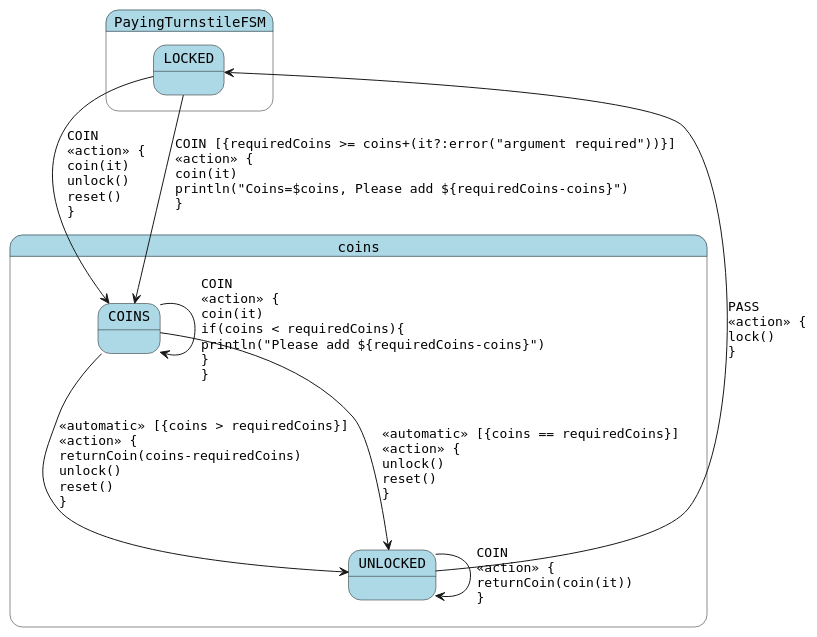
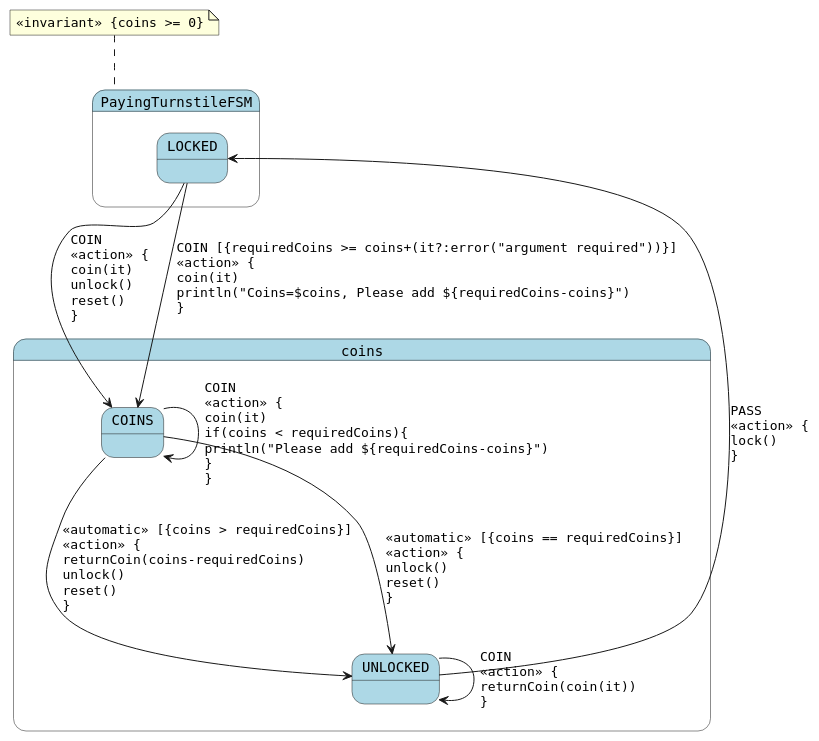
One commit to open-jumpco/kfsm-viz changed the diagram in generated-parsed/paying-turnstile.plantuml. Above: the diagram before and after it, drawn with PlantUML. The commit also changed 4 other files, not shown here.

```diff
--- a/generated-parsed/paying-turnstile.plantuml
+++ b/generated-parsed/paying-turnstile.plantuml
@@ -1,18 +1,21 @@
 @startuml
 skinparam StateFontName Helvetica
 skinparam defaultFontName Monospaced
 skinparam state {
     BackgroundColor LightBlue
 }
 state coins {
 COINS --> UNLOCKED : <<automatic>> [{coins > requiredCoins}]\l<<action>> {\lreturnCoin(coins-requiredCoins)\lunlock()\lreset()\l}
 COINS --> UNLOCKED : <<automatic>> [{coins == requiredCoins}]\l<<action>> {\lunlock()\lreset()\l}
 COINS --> COINS : COIN\l<<action>> {\lcoin(it)\lif(coins < requiredCoins){\lprintln("Please add ${requiredCoins-coins}")\l}\l}
 }
 state PayingTurnstileFSM {
 LOCKED --> COINS : COIN\l<<action>> {\lcoin(it)\lunlock()\lreset()\l}
 LOCKED --> COINS : COIN [{requiredCoins >= coins+(it?:error("argument required"))}]\l<<action>> {\lcoin(it)\lprintln("Coins=$coins, Please add ${requiredCoins-coins}")\l}
 UNLOCKED --> UNLOCKED : COIN\l<<action>> {\lreturnCoin(coin(it))\l}
 UNLOCKED --> LOCKED : PASS\l<<action>> {\llock()\l}
 }
+note top of PayingTurnstileFSM
+<<invariant>> {coins >= 0}
+end note
 @enduml
```
